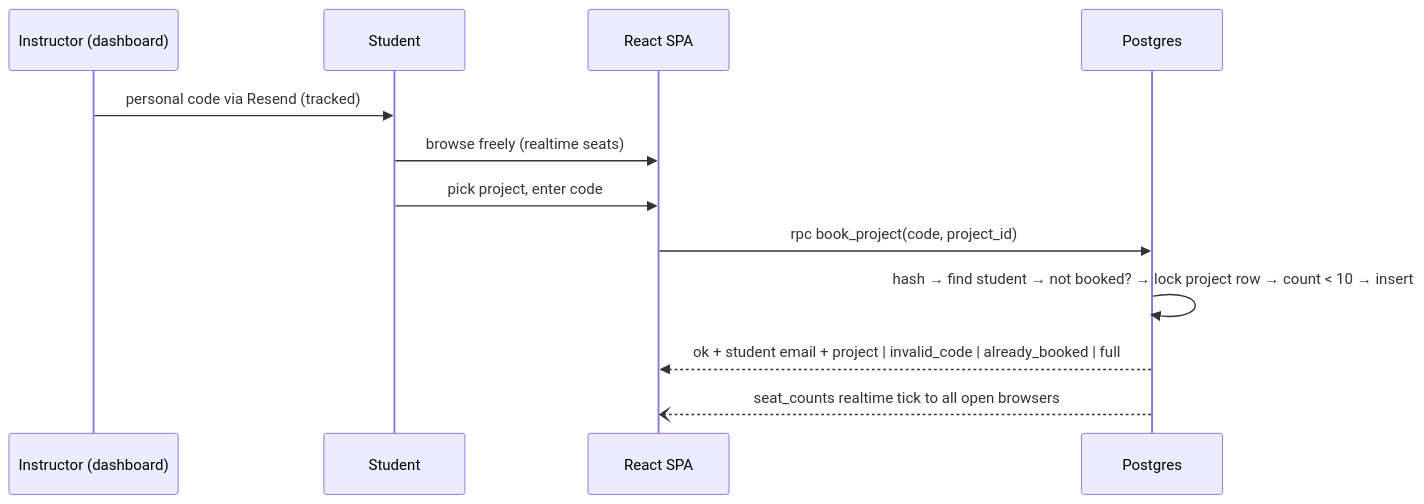
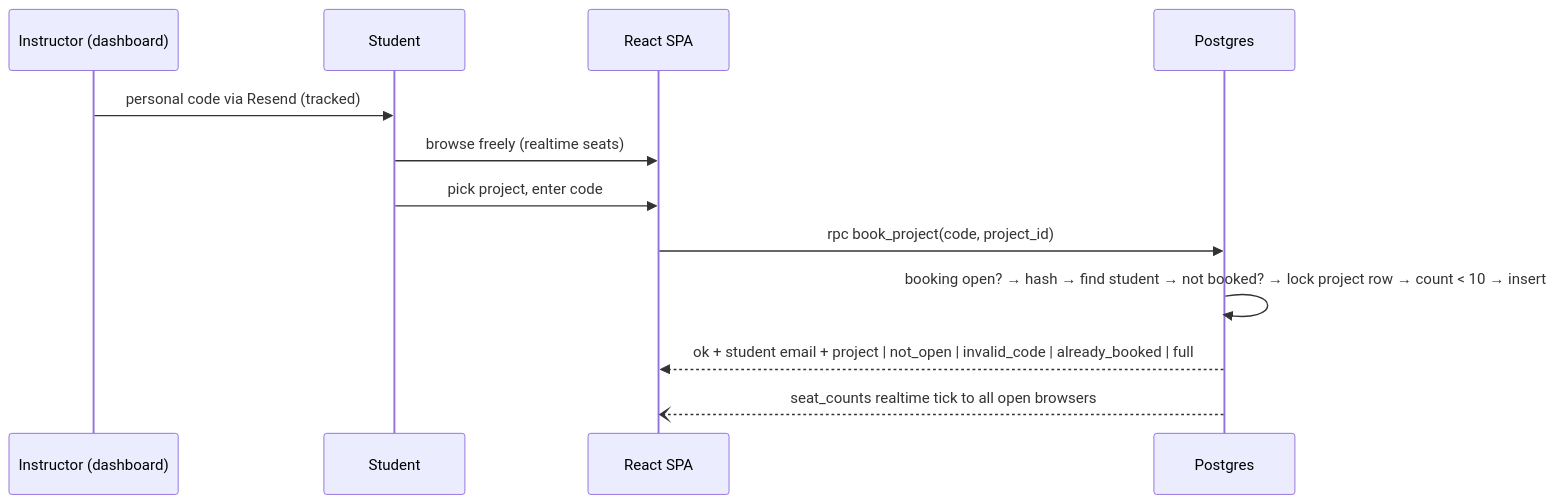
Before and after one commit to Humble-Coders/project-booking: the second of 2 diagrams in docs/PRD.md, drawn with Mermaid. The commit also changed other lines of this file and 17 other files, not shown here.

````diff
--- a/docs/PRD.md
+++ b/docs/PRD.md
@@ -87,14 +91,14 @@
 ```mermaid
 sequenceDiagram
     participant I as Instructor (dashboard)
     participant St as Student
     participant P as React SPA
     participant DB as Postgres
     I->>St: personal code via Resend (tracked)
     St->>P: browse freely (realtime seats)
     St->>P: pick project, enter code
     P->>DB: rpc book_project(code, project_id)
-    DB->>DB: hash → find student → not booked? → lock project row → count < 10 → insert
-    DB-->>P: ok + student email + project | invalid_code | already_booked | full
+    DB->>DB: booking open? → hash → find student → not booked? → lock project row → count < 10 → insert
+    DB-->>P: ok + student email + project | not_open | invalid_code | already_booked | full
     DB--)P: seat_counts realtime tick to all open browsers
 ```
````
